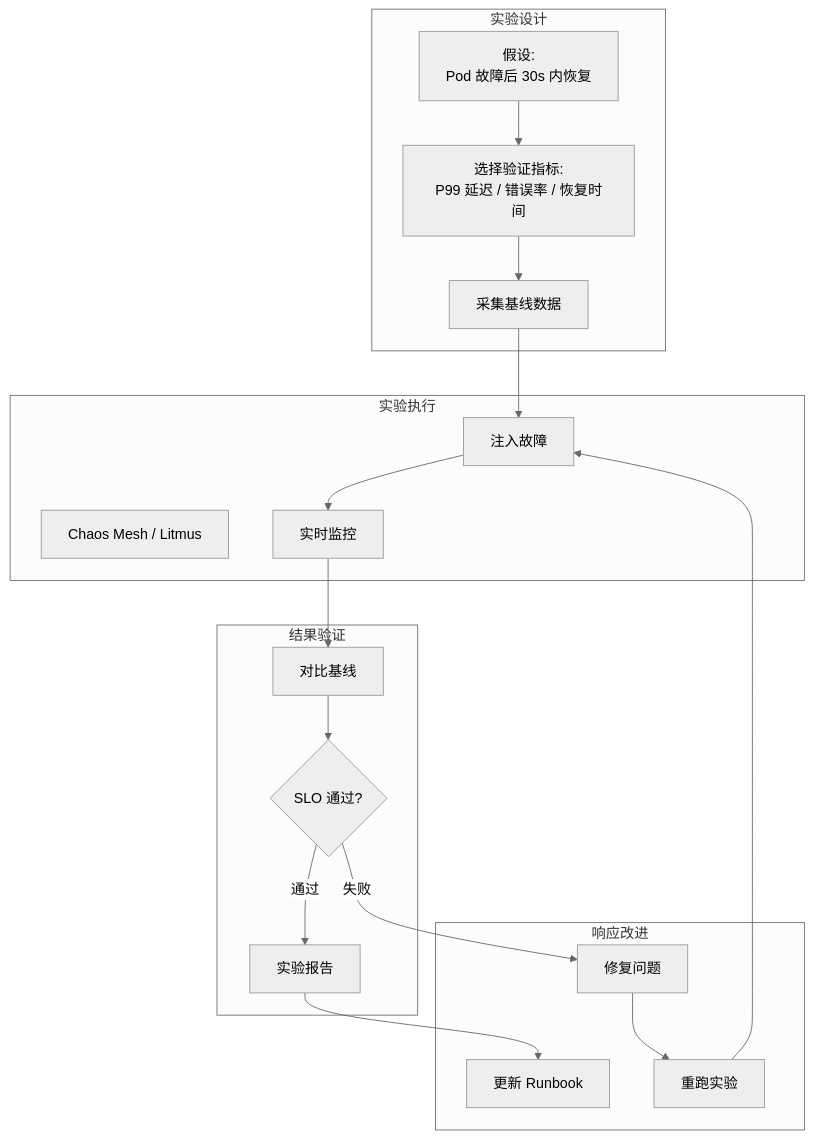
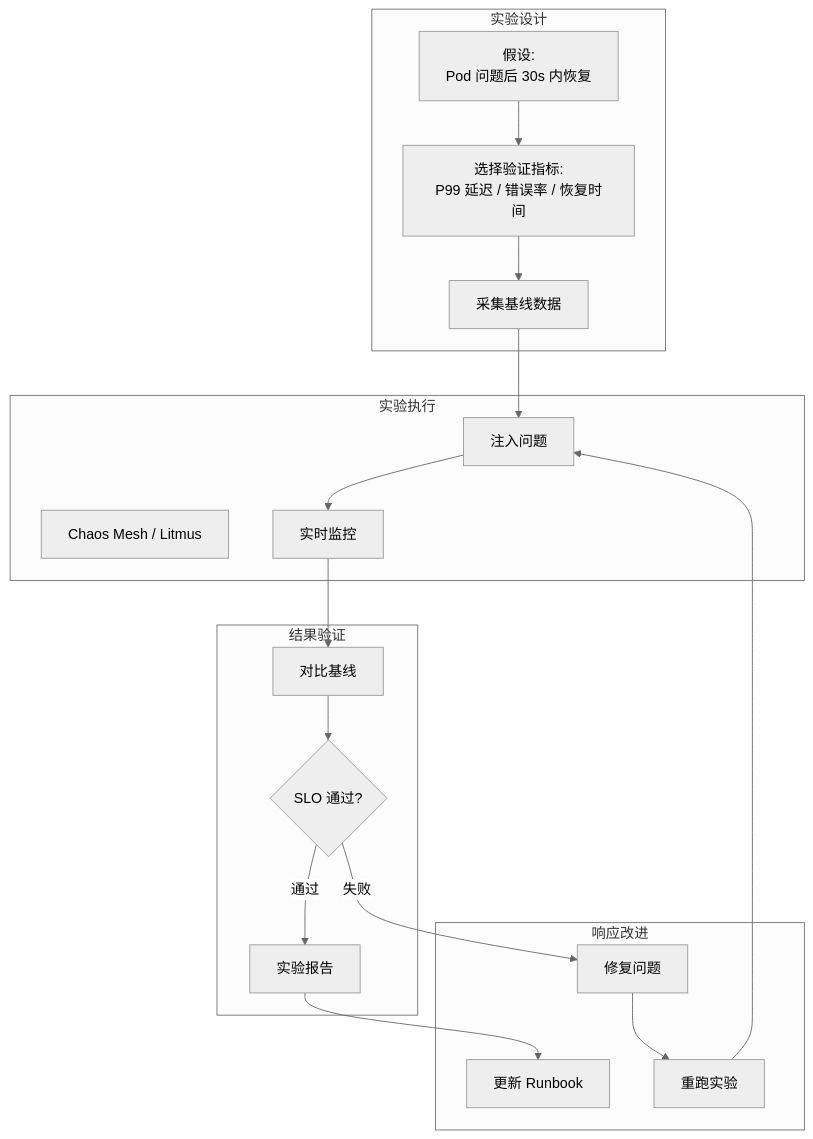
One commit to kudig-io/kudig-database changed the first of 5 diagrams in synthesis/chaos-engineering-observability.md. Above: the diagram before and after it, drawn with Mermaid (neutral theme). The commit also changed other lines of this file and 1236 other files, not shown here.

````diff
--- a/synthesis/chaos-engineering-observability.md
+++ b/synthesis/chaos-engineering-observability.md
@@ -49,38 +49,38 @@
 ```mermaid
 graph TB
     subgraph Design["实验设计"]
-        Hypo["假设:<br/>Pod 故障后 30s 内恢复"]
+        Hypo["假设:<br/>Pod 问题后 30s 内恢复"]
         Metric["选择验证指标:<br/>P99 延迟 / 错误率 / 恢复时间"]
         Baseline["采集基线数据"]
     end
 
     subgraph Execute["实验执行"]
         Chaos[Chaos Mesh / Litmus]
-        Inject[注入故障]
+        Inject[注入问题]
         Monitor[实时监控]
     end
 
     subgraph Validate["结果验证"]
         Compare[对比基线]
         Check{SLO 通过?}
         Report[实验报告]
     end
 
     subgraph React["响应改进"]
         Fix[修复问题]
         Retest[重跑实验]
         Doc[更新 Runbook]
     end
 
     Hypo --> Metric
     Metric --> Baseline
     Baseline --> Inject
     Inject --> Monitor
     Monitor --> Compare
     Compare --> Check
     Check -->|通过| Report
     Check -->|失败| Fix
     Fix --> Retest
     Retest --> Inject
     Report --> Doc
 ```
````
